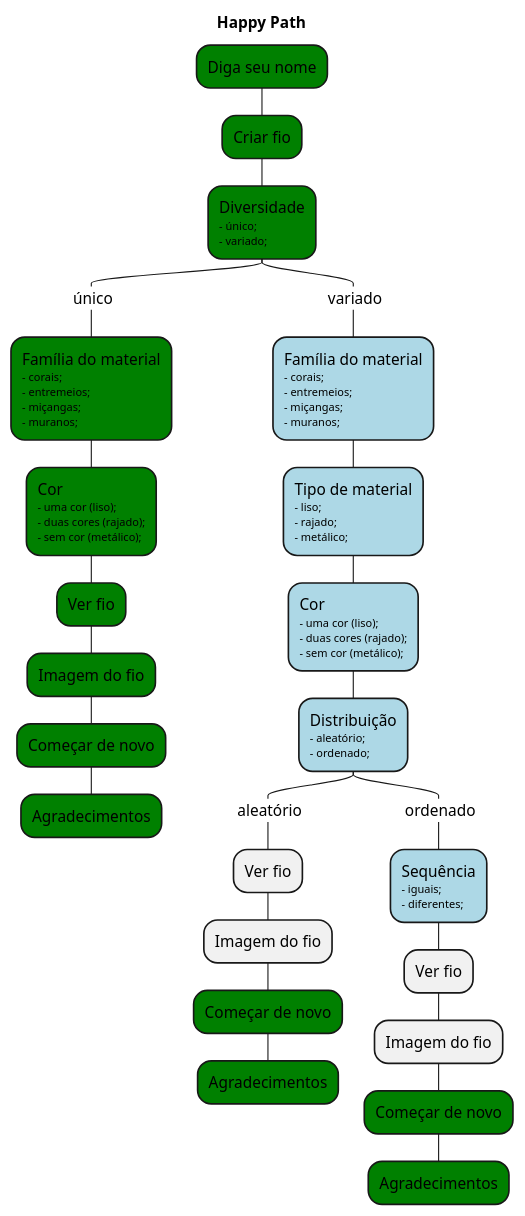
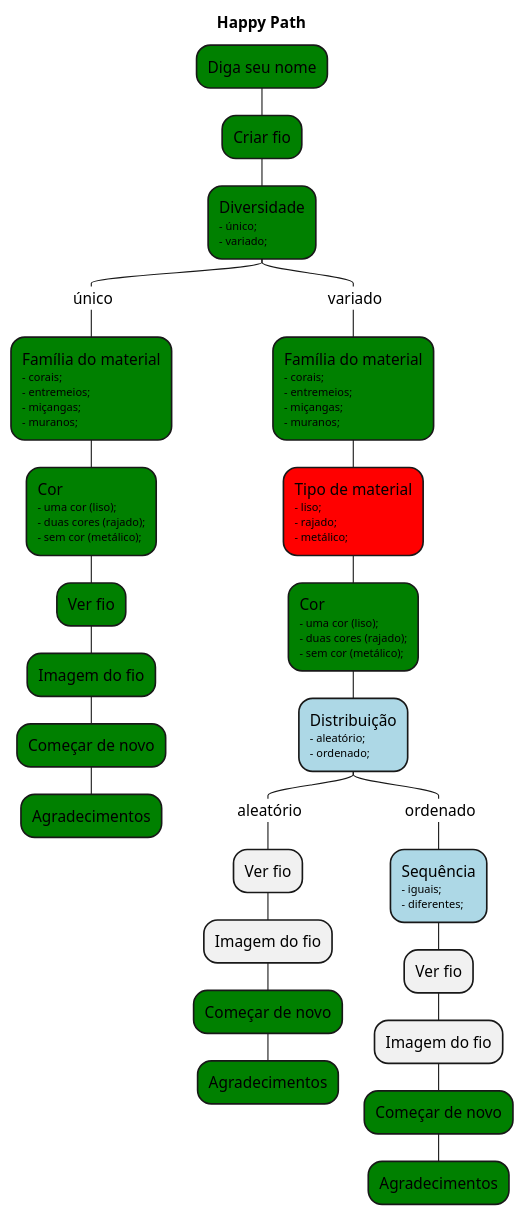
One commit to TecnoSigma/vo-maria changed the diagram in __docs__/happy_path.puml. Above: the diagram before and after it, drawn with PlantUML. The commit also changed 2 other files, not shown here.

```diff
--- a/__docs__/happy_path.puml
+++ b/__docs__/happy_path.puml
@@ -1,35 +1,35 @@
 @startmindmap
 title Happy Path
 
 top to bottom direction
 
 *[#green] Diga seu nome
 **[#green] Criar fio
 
 ***[#green] Diversidade\n<size: 10>- único;\n<size: 10>- variado;
 ****_ único
 *****[#green] Família do material\n<size: 10>- corais;\n<size: 10>- entremeios;\n<size: 10>- miçangas;\n<size: 10>- muranos;
 ******[#green] Cor\n<size: 10>- uma cor (liso);\n<size: 10>- duas cores (rajado);\n<size: 10>- sem cor (metálico);
 *******[#green] Ver fio
 ********[#green] Imagem do fio
 *********[#green] Começar de novo
 **********[#green] Agradecimentos
 
 ****_ variado
-*****[#lightblue] Família do material\n<size: 10>- corais;\n<size: 10>- entremeios;\n<size: 10>- miçangas;\n<size: 10>- muranos;
-******[#lightblue] Tipo de material\n<size: 10>- liso;\n<size: 10>- rajado;\n<size: 10>- metálico;
-*******[#lightblue] Cor\n<size: 10>- uma cor (liso);\n<size: 10>- duas cores (rajado);\n<size: 10>- sem cor (metálico);
+*****[#green] Família do material\n<size: 10>- corais;\n<size: 10>- entremeios;\n<size: 10>- miçangas;\n<size: 10>- muranos;
+******[#red] Tipo de material\n<size: 10>- liso;\n<size: 10>- rajado;\n<size: 10>- metálico;
+*******[#green] Cor\n<size: 10>- uma cor (liso);\n<size: 10>- duas cores (rajado);\n<size: 10>- sem cor (metálico);
 
 ********[#lightblue] Distribuição\n<size: 10>- aleatório;\n<size: 10>- ordenado;
 *********_ aleatório
 ********** Ver fio
 *********** Imagem do fio
 ************[#green] Começar de novo
 *************[#green] Agradecimentos
 *********_ ordenado
 **********[#lightblue] Sequência\n<size: 10>- iguais;\n<size: 10>- diferentes;
 *********** Ver fio
 ************ Imagem do fio
 *************[#green] Começar de novo
 **************[#green] Agradecimentos
 @endmindmap
```
